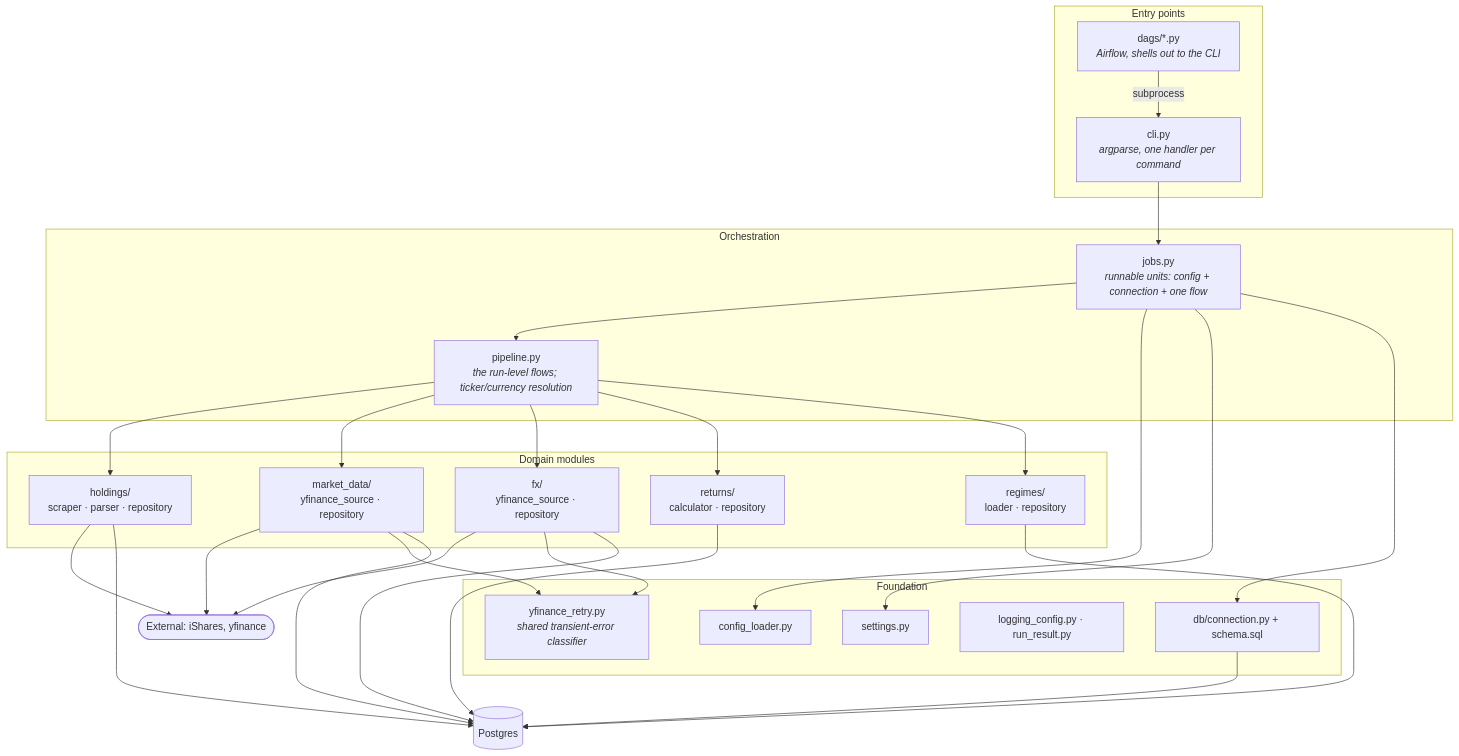
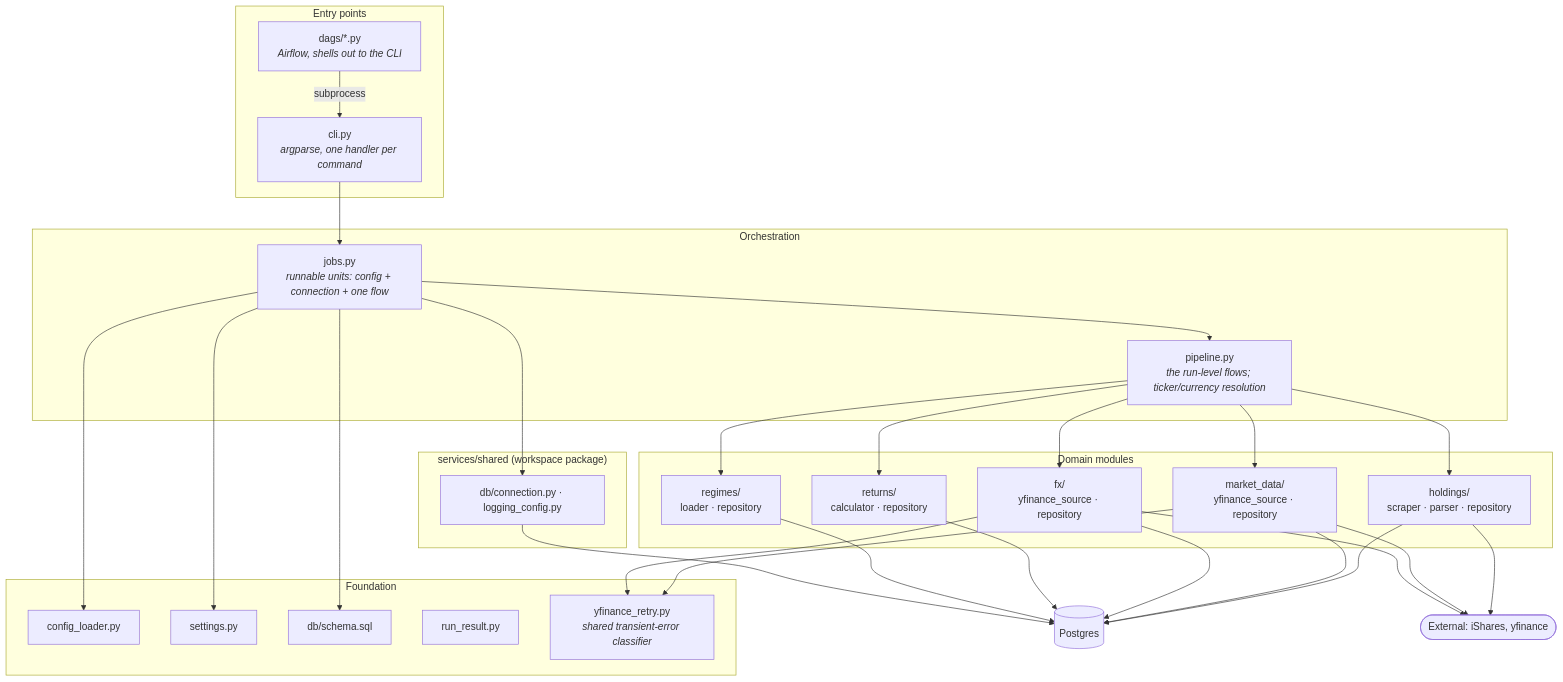
Before and after one commit to jpedropereira/Stakehold: the first of 3 diagrams in services/data-store/docs/architecture.md, drawn with Mermaid. The commit also changed other lines of this file and 43 other files, not shown here.

First line of the commit message:
Fix auth db-init contract/rollback bugs and extract shared db/logging code

````diff
--- a/services/data-store/docs/architecture.md
+++ b/services/data-store/docs/architecture.md
@@ -37,54 +37,59 @@
 ```mermaid
 flowchart TD
     subgraph entry["Entry points"]
         CLI["cli.py<br/><i>argparse, one handler per command</i>"]
         DAGS["dags/*.py<br/><i>Airflow, shells out to the CLI</i>"]
     end
 
     subgraph orch["Orchestration"]
         JOBS["jobs.py<br/><i>runnable units: config + connection + one flow</i>"]
         PIPE["pipeline.py<br/><i>the run-level flows; ticker/currency resolution</i>"]
     end
 
     subgraph domain["Domain modules"]
         HOLD["holdings/<br/>scraper · parser · repository"]
         MKT["market_data/<br/>yfinance_source · repository"]
         FX["fx/<br/>yfinance_source · repository"]
         RET["returns/<br/>calculator · repository"]
         REG["regimes/<br/>loader · repository"]
     end
 
     subgraph found["Foundation"]
         CONF["config_loader.py"]
         SET["settings.py"]
-        DB["db/connection.py + schema.sql"]
-        LOG["logging_config.py · run_result.py"]
+        SCHEMA["db/schema.sql"]
+        RESULT["run_result.py"]
         RETRY["yfinance_retry.py<br/><i>shared transient-error classifier</i>"]
+    end
+
+    subgraph ext_pkg["services/shared (workspace package)"]
+        DB["db/connection.py · logging_config.py"]
     end
 
     PG[("Postgres")]
     EXT(["External: iShares, yfinance"])
 
     DAGS -->|subprocess| CLI
     CLI --> JOBS
     JOBS --> PIPE
     JOBS --> CONF
     JOBS --> SET
     JOBS --> DB
+    JOBS --> SCHEMA
     PIPE --> HOLD
     PIPE --> MKT
     PIPE --> FX
     PIPE --> RET
     PIPE --> REG
     HOLD --> EXT
     MKT --> EXT
     FX --> EXT
     MKT --> RETRY
     FX --> RETRY
     HOLD --> PG
     MKT --> PG
     FX --> PG
     RET --> PG
     REG --> PG
     DB --> PG
 ```
````
